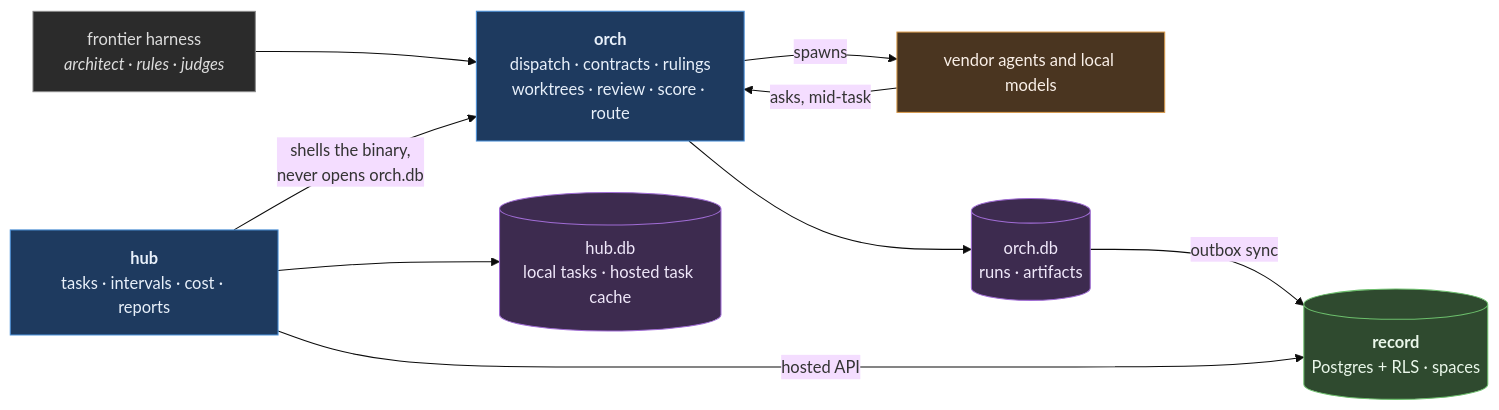
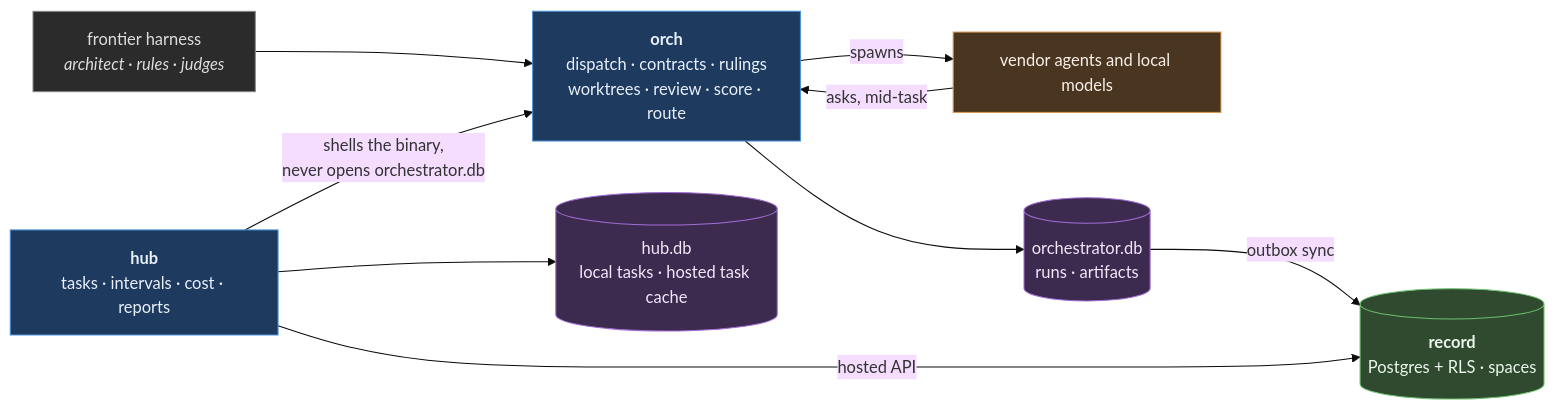
Before and after one commit to modstudio/bottega: the diagram in README.md, drawn with Mermaid (base theme). The commit also changed 57 other files, not shown here.

````diff
--- a/README.md
+++ b/README.md
@@ -56,25 +56,25 @@
 ```mermaid
 flowchart LR
     H["frontier harness<br/><i>architect · rules · judges</i>"]:::h
     O["<b>orch</b><br/>dispatch · contracts · rulings<br/>worktrees · review · score · route"]:::c
     U["<b>hub</b><br/>tasks · intervals · cost · reports"]:::c
     W["vendor agents and local models"]:::e
-    OD[("orch.db<br/>runs · artifacts")]:::s
+    OD[("orchestrator.db<br/>runs · artifacts")]:::s
     HD[("hub.db<br/>local tasks · hosted task cache")]:::s
     RC[("<b>record</b><br/>Postgres + RLS · spaces")]:::r
 
     H --> O
     O -- spawns --> W
     W -- "asks, mid-task" --> O
     O --> OD
     U --> HD
-    U -- "shells the binary,<br/>never opens orch.db" --> O
+    U -- "shells the binary,<br/>never opens orchestrator.db" --> O
     OD -- "outbox sync" --> RC
     U -- "hosted API" --> RC
 
     classDef h fill:#2b2b2b,stroke:#888,color:#ddd
     classDef c fill:#1e3a5f,stroke:#4a90d9,color:#e8f0fa
     classDef s fill:#3d2b4f,stroke:#a06cd5,color:#f0e8fa
     classDef r fill:#2f4a2f,stroke:#6cbf6c,color:#eaf7ea
     classDef e fill:#4a3520,stroke:#d99a4a,color:#faf0e8
 ```
````
